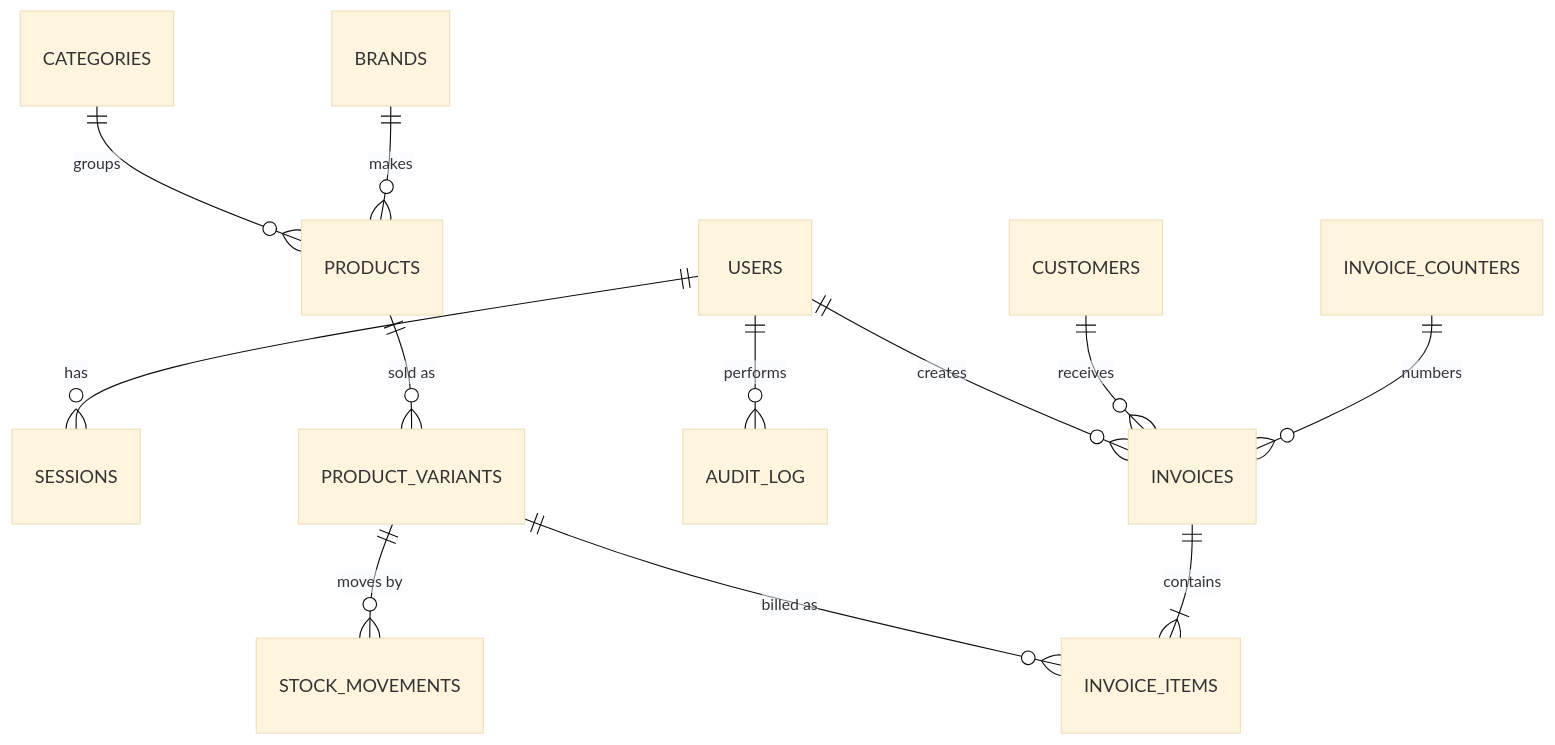
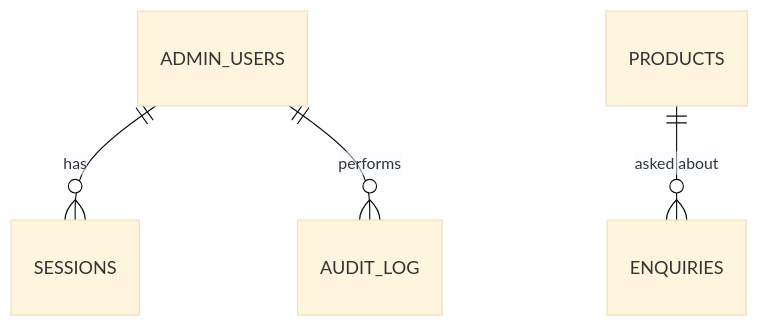
The second of 3 diagrams in docs/ARCHITECTURE.md (shubhamdsk/shree-balaji-paints-plywood-hardware), drawn with Mermaid (base theme) before and after one commit. The commit also changed other lines of this file and 6 other files, not shown here.

````diff
--- a/docs/ARCHITECTURE.md
+++ b/docs/ARCHITECTURE.md
@@ -134,14 +107,6 @@
 ```mermaid
 erDiagram
-  USERS ||--o{ SESSIONS : has
-  USERS ||--o{ INVOICES : creates
-  USERS ||--o{ AUDIT_LOG : performs
-  CATEGORIES ||--o{ PRODUCTS : groups
-  BRANDS ||--o{ PRODUCTS : makes
-  PRODUCTS ||--o{ PRODUCT_VARIANTS : "sold as"
-  PRODUCT_VARIANTS ||--o{ STOCK_MOVEMENTS : "moves by"
-  PRODUCT_VARIANTS ||--o{ INVOICE_ITEMS : "billed as"
-  CUSTOMERS ||--o{ INVOICES : receives
-  INVOICES ||--|{ INVOICE_ITEMS : contains
-  INVOICE_COUNTERS ||--o{ INVOICES : numbers
+  ADMIN_USERS ||--o{ SESSIONS : has
+  ADMIN_USERS ||--o{ AUDIT_LOG : performs
+  PRODUCTS ||--o{ ENQUIRIES : "asked about"
 ```
````
